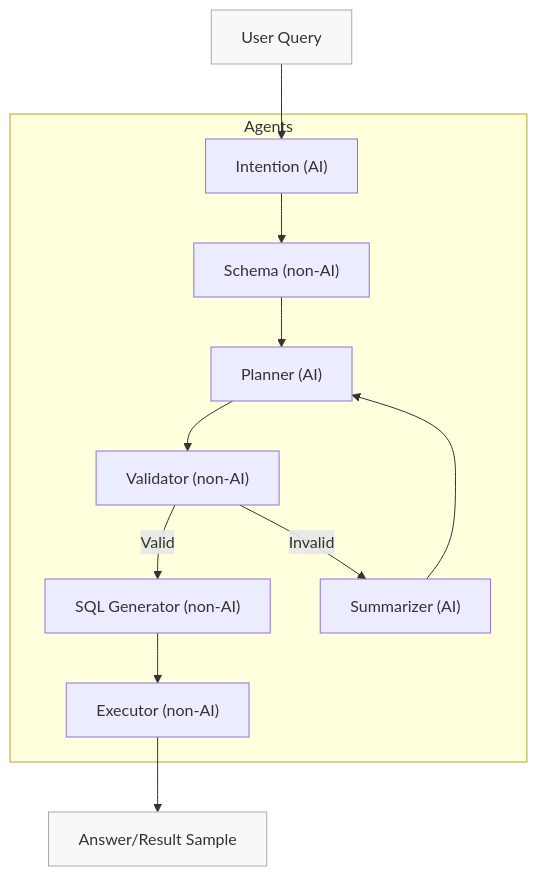
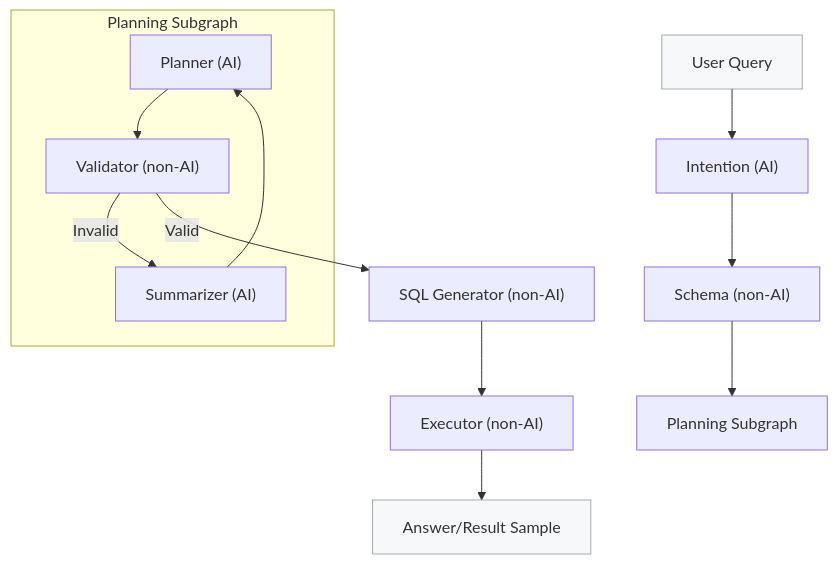
One commit to nadeem4/nl2sql changed the diagram in README.md. Above: the diagram before and after it, drawn with Mermaid. The commit also changed 27 other files, not shown here.

Commit message:
feat: Implement core NL2SQL pipeline with modular nodes for intent, schema, planning, validation, generation, and execution.

````diff
--- a/README.md
+++ b/README.md
@@ -238,23 +238,19 @@
 ```mermaid
 flowchart TD
   user["User Query"] --> intent["Intention (AI)"]
   intent --> schema["Schema (non-AI)"]
-  schema --> planner["Planner (AI)"]
-  planner --> validator["Validator (non-AI)"]
+  schema --> planning["Planning Subgraph"]
+  
+  subgraph Planning Subgraph
+    planner["Planner (AI)"] --> validator["Validator (non-AI)"]
+    validator -- Invalid --> summarizer["Summarizer (AI)"]
+    summarizer --> planner
+  end
+  
   validator -- Valid --> generator["SQL Generator (non-AI)"]
-  validator -- Invalid --> summarizer["Summarizer (AI)"]
-  summarizer --> planner
   generator --> executor["Executor (non-AI)"]
   executor --> answer["Answer/Result Sample"]
-  subgraph Agents
-    intent
-    schema
-    planner
-    validator
-    summarizer
-    generator
-    executor
-  end
+  
   style user fill:#f6f8fa,stroke:#aaa
   style answer fill:#f6f8fa,stroke:#aaa
 ```
````
